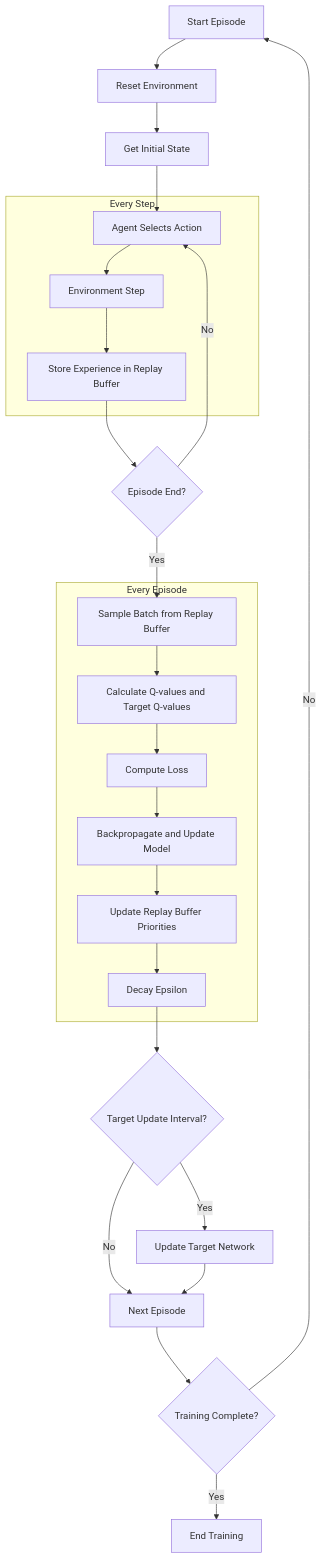
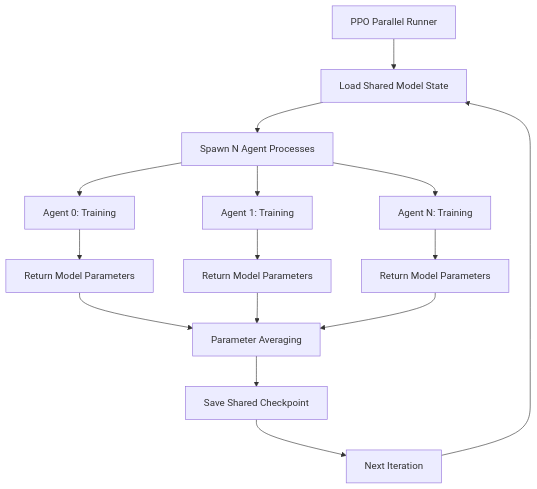
Before and after one commit to AoifeHughes/PoliwhiRL: the first of 2 diagrams in README.md, drawn with Mermaid. The commit also changed other lines of this file and 2 other files, not shown here.

Commit message:
Add comprehensive architecture documentation and enhance README for clarity on features and usage

````diff
--- a/README.md
+++ b/README.md
@@ -198,38 +223,20 @@
 ```mermaid
 graph TD
-    A[Start Episode] --> B[Reset Environment]
-    B --> C[Get Initial State]
-    C --> D[Agent Selects Action]
-    D --> E[Environment Step]
-    E --> F[Store Experience in Replay Buffer]
-    F --> G{Episode End?}
-    G -->|No| D
-    G -->|Yes| H[Sample Batch from Replay Buffer]
-    H --> I[Calculate Q-values and Target Q-values]
-    I --> J[Compute Loss]
-    J --> K[Backpropagate and Update Model]
-    K --> L[Update Replay Buffer Priorities]
-    L --> M[Decay Epsilon]
-    M --> N{Target Update Interval?}
-    N -->|Yes| O[Update Target Network]
-    N -->|No| P[Next Episode]
-    O --> P
-    P --> Q{Training Complete?}
-    Q -->|No| A
-    Q -->|Yes| R[End Training]
-
-    subgraph "Every Step"
-        D
-        E
-        F
-    end
-
-    subgraph "Every Episode"
-        H
-        I
-        J
-        K
-        L
-        M
-    end
+    A[PPO Parallel Runner] --> B[Load Shared Model State]
+    B --> C[Spawn N Agent Processes]
+    C --> D[Agent 0: Training]
+    C --> E[Agent 1: Training]
+    C --> F[Agent N: Training]
+    
+    D --> G[Return Model Parameters]
+    E --> H[Return Model Parameters]
+    F --> I[Return Model Parameters]
+    
+    G --> J[Parameter Averaging]
+    H --> J
+    I --> J
+    
+    J --> K[Save Shared Checkpoint]
+    K --> L[Next Iteration]
+    L --> B
 ```
````
